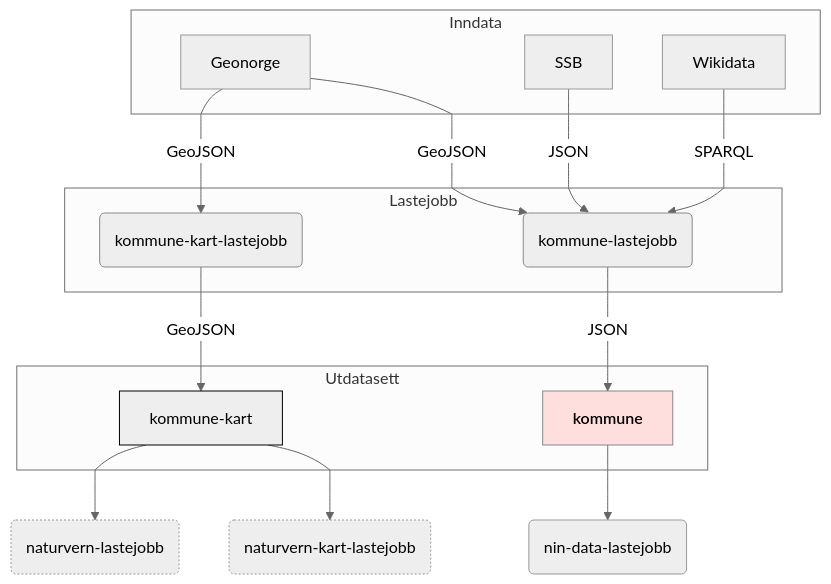
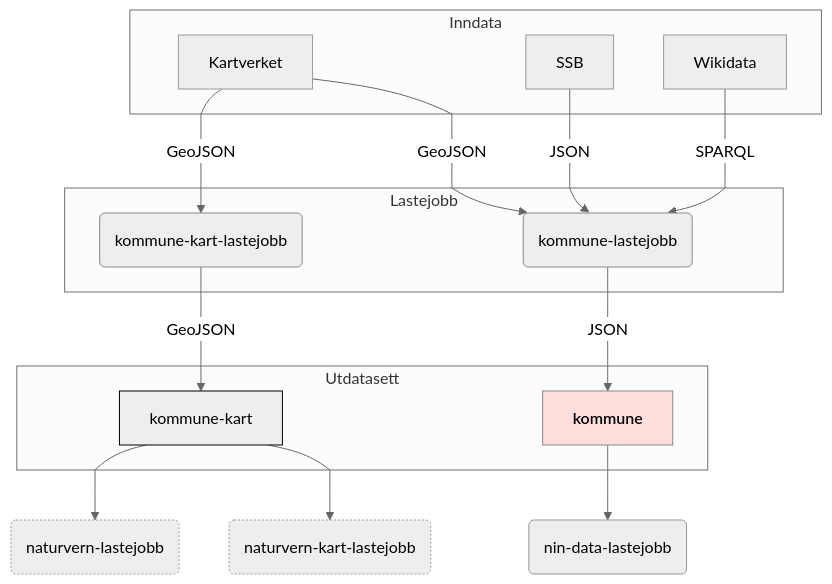
One commit to Artsdatabanken/kommune-data changed the diagram in doc/flytdiagram.md. Above: the diagram before and after it, drawn with Mermaid (neutral theme). The commit also changed 1 other file, not shown here.

Commit message:
Krediter kartverket

````diff
--- a/doc/flytdiagram.md
+++ b/doc/flytdiagram.md
@@ -1,47 +1,47 @@
 ```mermaid
 
 graph TB;
   linkStyle default interpolate monotoneX
     subgraph Inndata
-      geonorge[Geonorge]
+      kartverket[Kartverket]
       wikidata[Wikidata]
       ssb[SSB]
     end
     subgraph Lastejobb
       kommune-kart-lastejobb(kommune-kart-lastejobb)
       kommune-lastejobb(kommune-lastejobb)
     end
     subgraph Utdatasett
       kommune-kart[kommune-kart]
       kommune[kommune]
     end
-    geonorge-->|GeoJSON|kommune-kart-lastejobb;
-    geonorge-->|GeoJSON|kommune-lastejobb;
+    kartverket-->|GeoJSON|kommune-kart-lastejobb;
+    kartverket-->|GeoJSON|kommune-lastejobb;
     ssb-->|JSON|kommune-lastejobb;
     wikidata-->|SPARQL|kommune-lastejobb;
     kommune-kart-lastejobb-->|GeoJSON|kommune-kart;
     kommune-lastejobb-->|JSON|kommune;
     kommune-kart-->naturvern-lastejobb(naturvern-lastejobb);
     kommune-kart-->naturvern-kart-lastejobb(naturvern-kart-lastejobb);
     kommune-->nin-data-lastejobb(nin-data-lastejobb);
     click kommune-lastejobb "https://github.com/Artsdatabanken/kommune-lastejobb" "_"
     click xkommune "https://github.com/Artsdatabanken/kommune" "_"
     click kommune-kart "https://github.com/Artsdatabanken/kommune-kart" "_"
     click kommune-kart-lastejobb "https://github.com/Artsdatabanken/kommune-kart-lastejobb" "_"
-    click geonorge "https://geonorge.no" "_"
+    click kartverket "https://kartverket.no" "_"
     click wikidata "https://www.wikidata.org/wiki/Q15284" "_"
     click ssb "https://www.ssb.no" "_"
 
 class kommune focus
-class geonorge,wikidata,ssb data
+class kartverket,wikidata,ssb data
 class xkommune,kommune-kart, utdata
 class kommune-lastejobb,kommune-kart-lastejobb lastejobb
 class naturvern-lastejobb,naturvern-kart-lastejobb,nin-lastejobb-egenskaper next
 classDef focusx stroke:#888,stroke-width:3px,font-weight:600;
 classDef focus color:#000,fill:#ffdede,stroke:#888,stroke-widthx:3px,font-weight:600;
 classDef data fillx:#ffd;
 classDef lastejobb fillx:#fff,stroke:#888;
 classDef utdata fillx:#ffa,stroke:#000;
 classDef next fill:#eee,stroke-dasharray: 2, 2;
 
 ```
````
